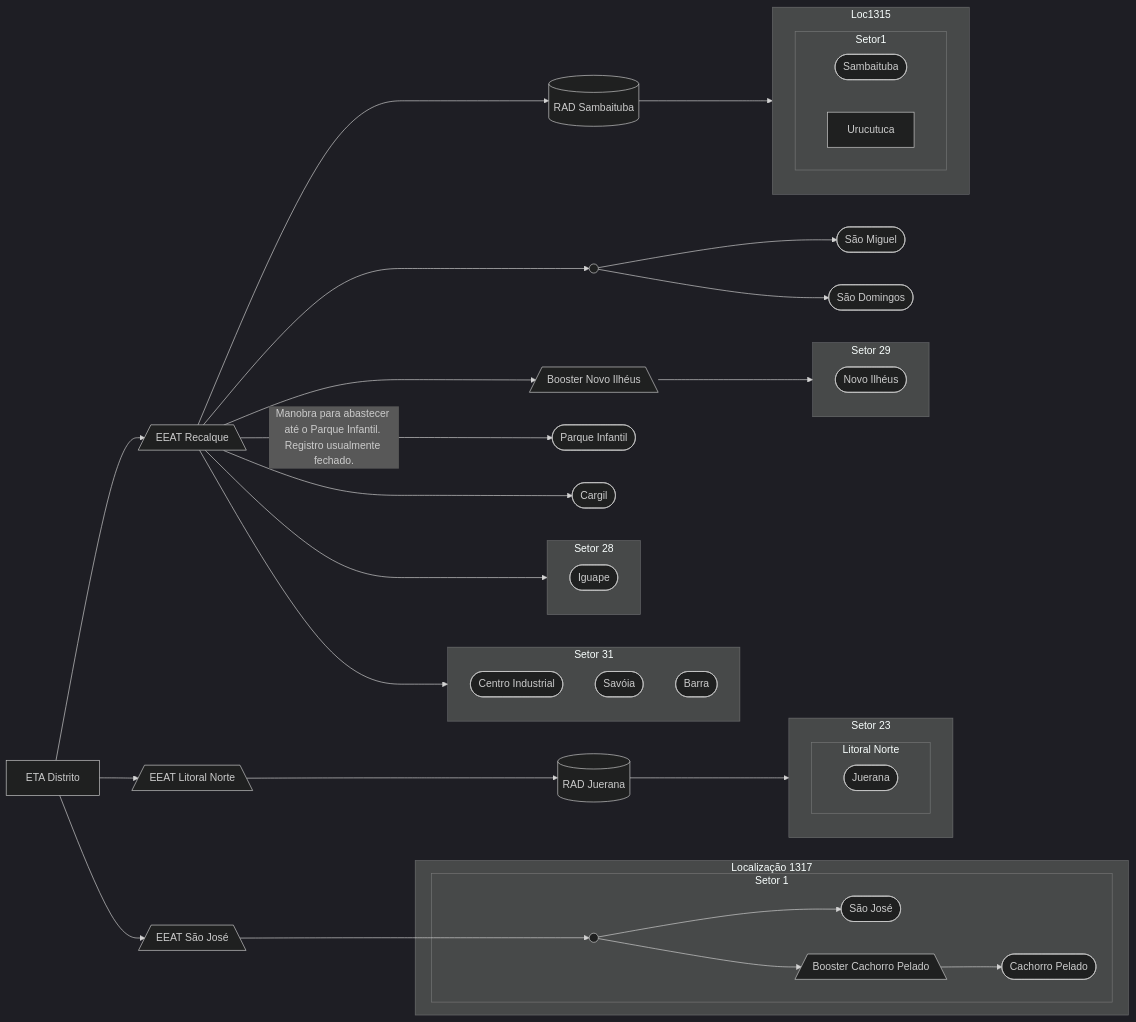
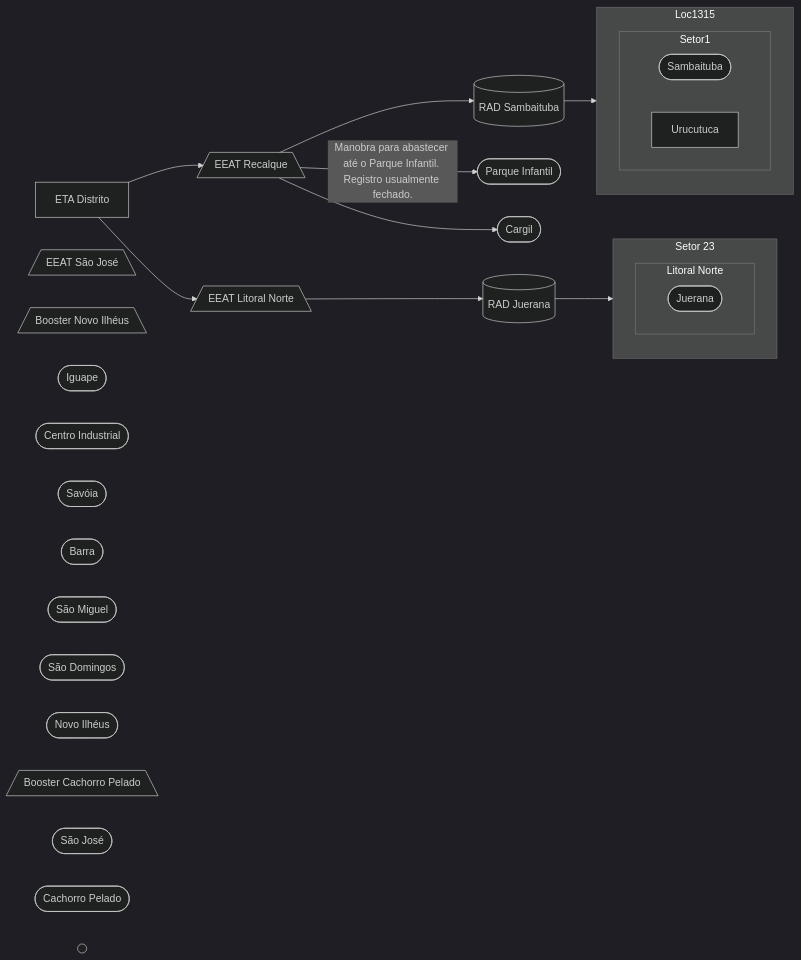
Before and after one commit to iagovls/CCO-Documentation: the diagram in ETA Distrito/ETA Distrito.md, drawn with Mermaid (dark theme).

Commit message:
Update ETA Distrito.md

```diff
--- a/ETA Distrito/ETA Distrito.md
+++ b/ETA Distrito/ETA Distrito.md
@@ -62,15 +62,14 @@
     BoosterCachorroPelado[/"Booster Cachorro Pelado"\] 
     SaoJose(["São José"]) 
     CachorroPelado(["Cachorro Pelado"])
-    A@{ shape: sm-circ, label: "Small start" }
+    
     B@{ shape: sm-circ, label: "Small start" }
 
     %% Ligações
     
     ETA --> EEATRecalque
 
-    EEATRecalque --> Setor28
-    EEATRecalque --> Setor31
+    
 
 
     %% Sambaituba  
@@ -97,44 +96,15 @@
   
 
     
-    %% Iguape
-    subgraph Setor28 [Setor 28]
-      Iguape
-    end
 
 
-    %% Setor 31
-    subgraph Setor31 [Setor 31]
-      CentroIndustrial
-      Barra
-      Savoia
-    end
-
-    %% São Miguel e São Domingos
-    EEATRecalque --> A
-    A --> SaoMiguel
-    A --> SaoDomingos
-
-    %% Novo Ilhéus
-    EEATRecalque --> BoosterNovoIlheus
-    BoosterNovoIlheus --> Setor29
-    subgraph Setor29 [Setor 29]
-      NovoIlheus
-    end
-
-    %% São José
-    ETA --> EEATSaoJose    
-    EEATSaoJose --> B
-    subgraph Loc1317 [Localização 1317]
-      subgraph Setor 1
-        B --> SaoJose
-        B --> BoosterCachorroPelado
-        BoosterCachorroPelado --> CachorroPelado
-      end
-    end
 
 
-    %% Cachorro Pelado
+
+
+
+
+
 
     %% Parque Infantil
     EEATRecalque --> |Manobra para abastecer até o Parque Infantil. Registro usualmente fechado.| ParqueInfantil
```
